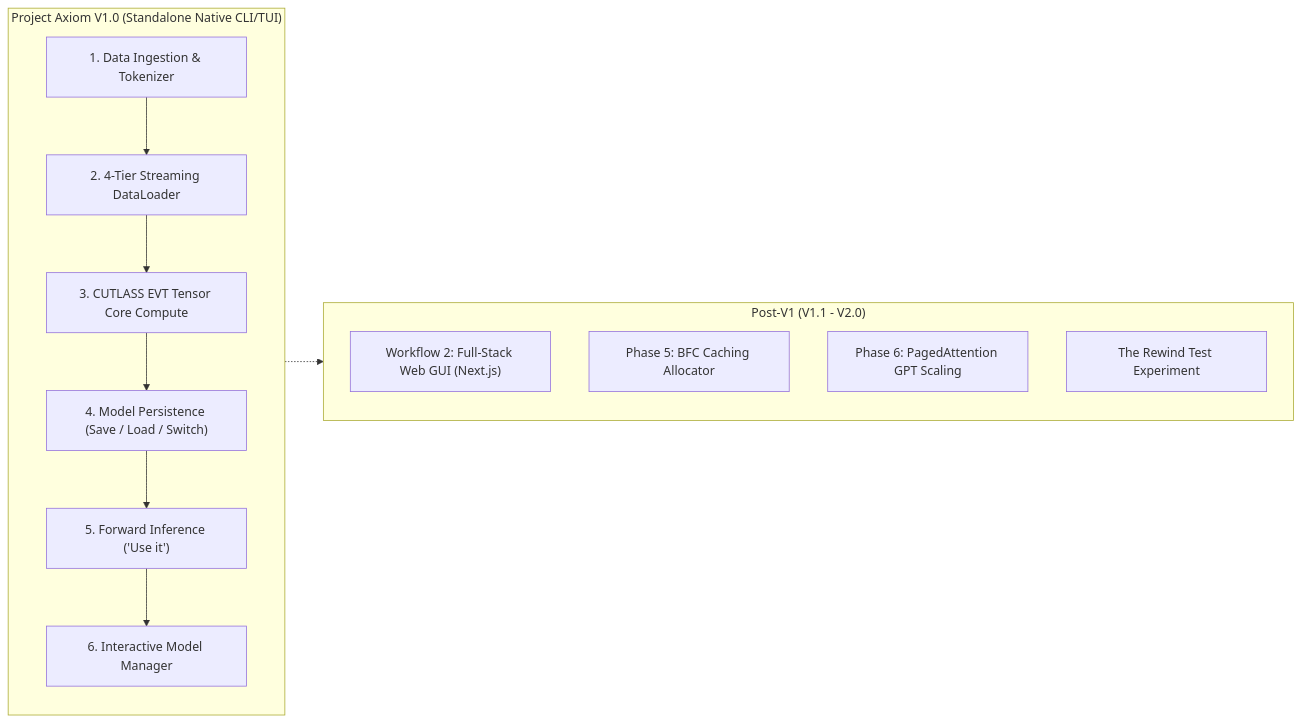
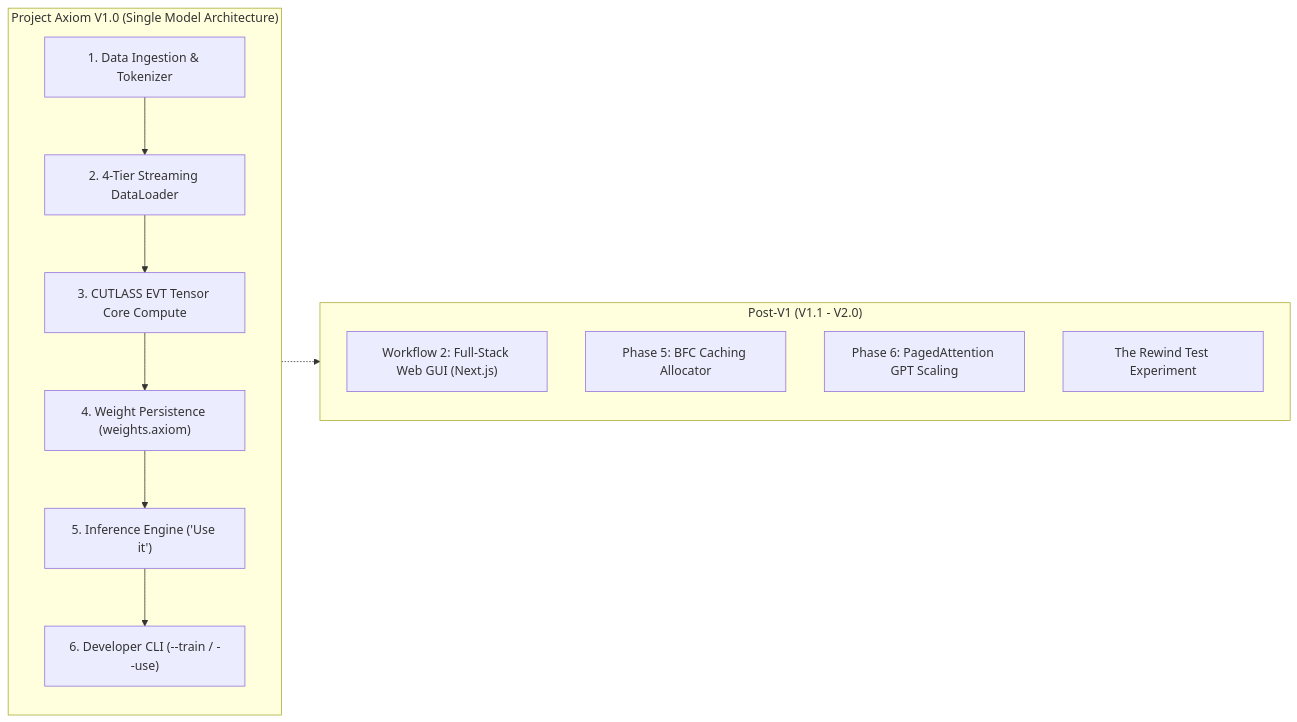
The diagram in document/path_to_version_1.md (omid2007hope/PROJECT-AXIOM), drawn with Mermaid before and after one commit. The commit also changed other lines of this file and 7 other files, not shown here.

````diff
--- a/document/path_to_version_1.md
+++ b/document/path_to_version_1.md
@@ -21,20 +24,20 @@
 ```mermaid
 graph LR
-    subgraph V1 ["Project Axiom V1.0 (Standalone Native CLI/TUI)"]
+    subgraph V1 ["Project Axiom V1.0 (Single Model Architecture)"]
         direction TB
         A["1. Data Ingestion & Tokenizer"] --> B["2. 4-Tier Streaming DataLoader"]
         B --> C["3. CUTLASS EVT Tensor Core Compute"]
-        C --> D["4. Model Persistence (Save / Load / Switch)"]
-        D --> E["5. Forward Inference ('Use it')"]
-        E --> F["6. Interactive Model Manager"]
+        C --> D["4. Weight Persistence (weights.axiom)"]
+        D --> E["5. Inference Engine ('Use it')"]
+        E --> F["6. Developer CLI (--train / --use)"]
     end
     
     subgraph PostV1 ["Post-V1 (V1.1 - V2.0)"]
         G["Workflow 2: Full-Stack Web GUI (Next.js)"]
         H["Phase 5: BFC Caching Allocator"]
         I["Phase 6: PagedAttention GPT Scaling"]
         J["The Rewind Test Experiment"]
     end
 
     V1 -.-> PostV1
 ```
````
